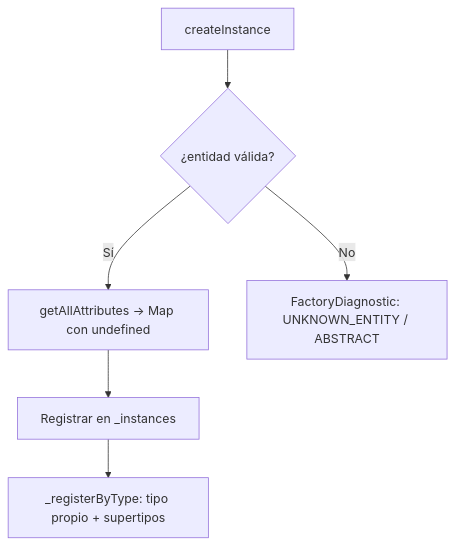
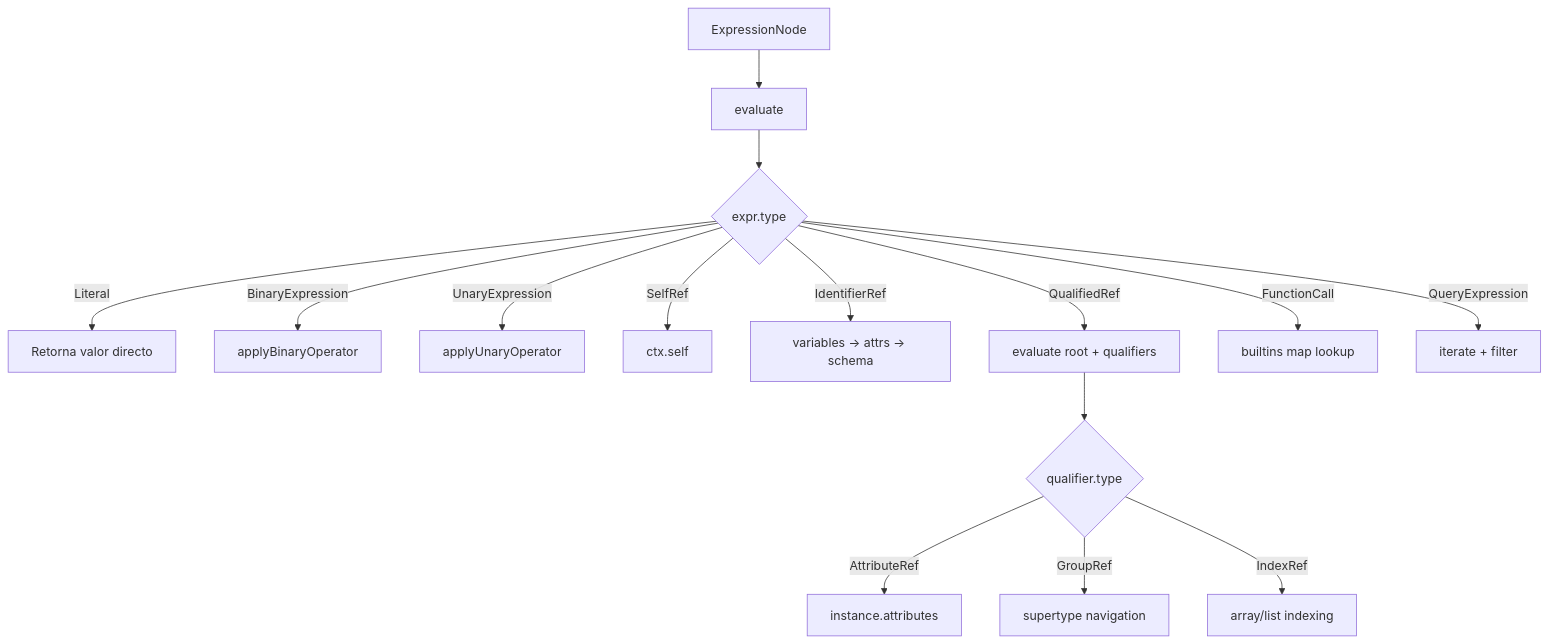
Before and after one commit to EfrainRodriguez/step-nc: the third of 4 diagrams in packages/step-factory/ARCHITECTURE.md, drawn with Mermaid. The commit also changed other lines of this file and 29 other files, not shown here.

Commit message:
feat(step-factory): add multi-schema, derived attrs & expr eval to StepModel

````diff
--- a/packages/step-factory/ARCHITECTURE.md
+++ b/packages/step-factory/ARCHITECTURE.md
@@ -111,8 +130,17 @@
 ```mermaid
 flowchart TB
-  A[createInstance] --> B{¿entidad válida?}
-  B -->|Sí| C[getAllAttributes → Map con undefined]
-  C --> D[Registrar en _instances]
-  D --> E[_registerByType: tipo propio + supertipos]
-  B -->|No| F[FactoryDiagnostic: UNKNOWN_ENTITY / ABSTRACT]
+  A[ExpressionNode] --> B[evaluate]
+  B --> C{expr.type}
+  C -->|Literal| D[Retorna valor directo]
+  C -->|BinaryExpression| E[applyBinaryOperator]
+  C -->|UnaryExpression| F[applyUnaryOperator]
+  C -->|SelfRef| G[ctx.self]
+  C -->|IdentifierRef| H[variables → attrs → schema]
+  C -->|QualifiedRef| I[evaluate root + qualifiers]
+  C -->|FunctionCall| J[builtins map lookup]
+  C -->|QueryExpression| K[iterate + filter]
+  I --> L{qualifier.type}
+  L -->|AttributeRef| M[instance.attributes]
+  L -->|GroupRef| N[supertype navigation]
+  L -->|IndexRef| O[array/list indexing]
 ```
````
